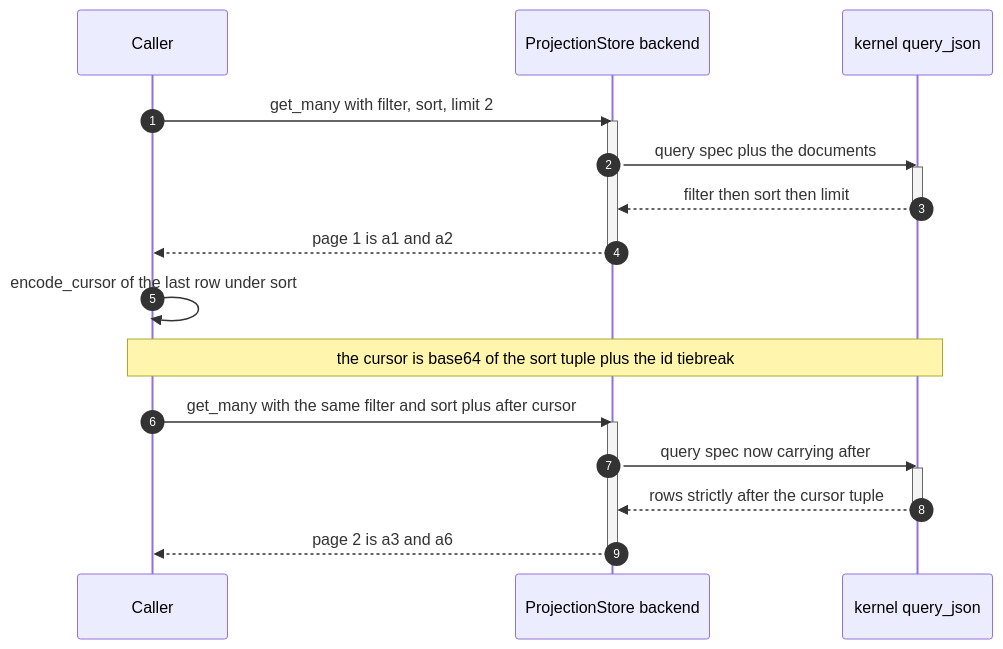
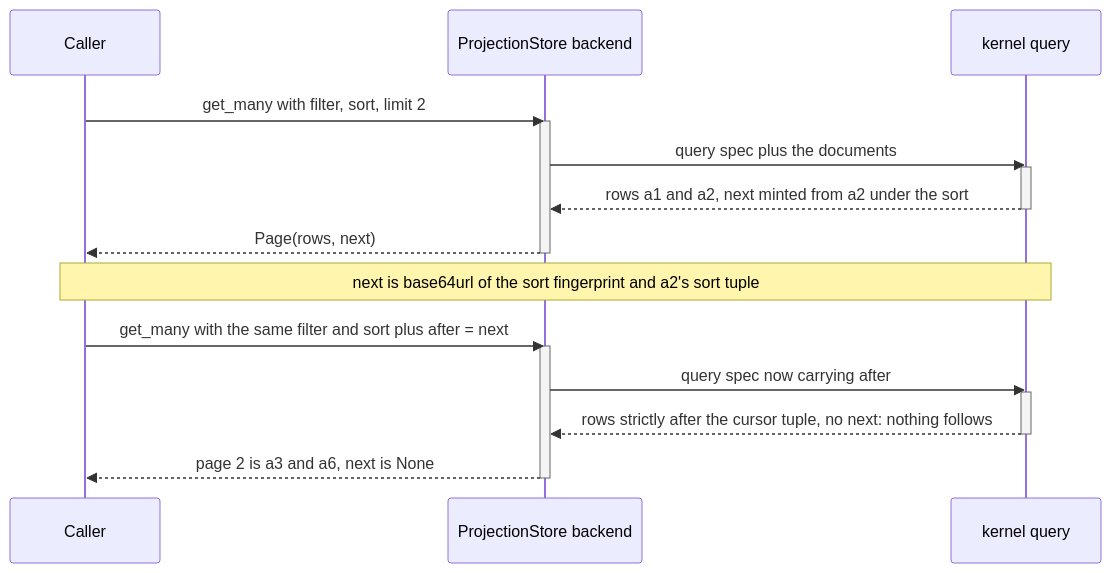
One commit to haskian/edax changed the fourth of 4 diagrams in docs/sdk/projections.md. Above: the diagram before and after it, drawn with Mermaid. The commit also changed other lines of this file and 234 other files, not shown here.

````diff
--- a/docs/sdk/projections.md
+++ b/docs/sdk/projections.md
@@ -256,26 +274,24 @@
 ```mermaid
 sequenceDiagram
-    autonumber
     participant Caller
     participant Store as ProjectionStore backend
-    participant Kernel as kernel query_json
+    participant Kernel as kernel query
 
     Caller->>Store: get_many with filter, sort, limit 2
     activate Store
     Store->>Kernel: query spec plus the documents
     activate Kernel
-    Kernel-->>Store: filter then sort then limit
+    Kernel-->>Store: rows a1 and a2, next minted from a2 under the sort
     deactivate Kernel
-    Store-->>Caller: page 1 is a1 and a2
+    Store-->>Caller: Page(rows, next)
     deactivate Store
-    Caller->>Caller: encode_cursor of the last row under sort
-    Note over Caller,Kernel: the cursor is base64 of the sort tuple plus the id tiebreak
-    Caller->>Store: get_many with the same filter and sort plus after cursor
+    Note over Caller,Kernel: next is base64url of the sort fingerprint and a2's sort tuple
+    Caller->>Store: get_many with the same filter and sort plus after = next
     activate Store
     Store->>Kernel: query spec now carrying after
     activate Kernel
-    Kernel-->>Store: rows strictly after the cursor tuple
+    Kernel-->>Store: rows strictly after the cursor tuple, no next: nothing follows
     deactivate Kernel
-    Store-->>Caller: page 2 is a3 and a6
+    Store-->>Caller: page 2 is a3 and a6, next is None
     deactivate Store
 ```
````
